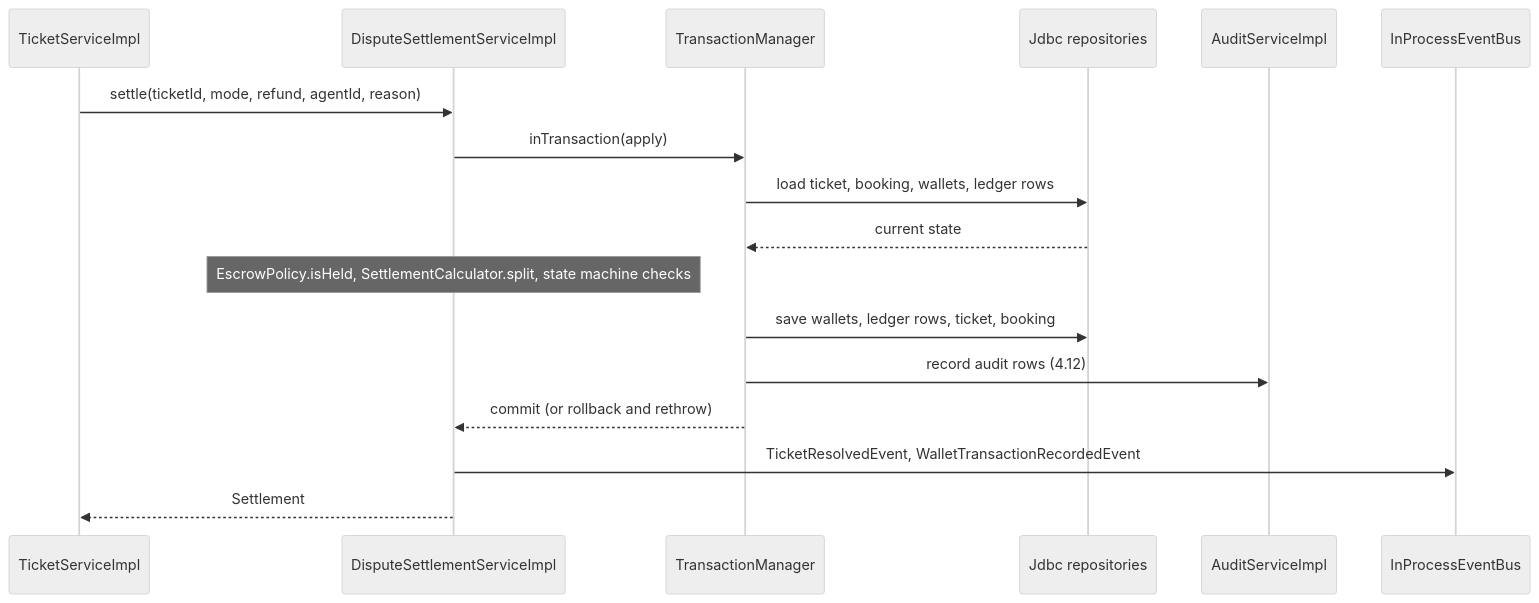
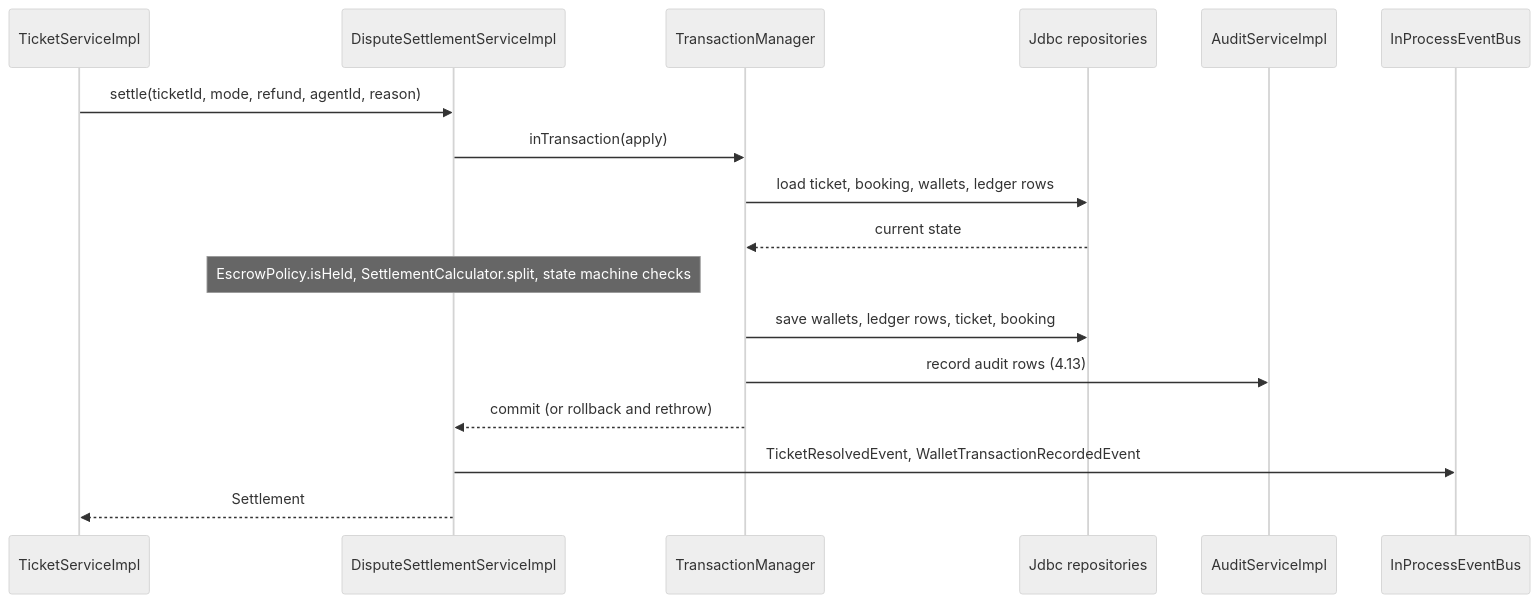
Before and after one commit to CS3227-2610-MP2-SnoozeShare/CS3227-2610-MP2: the third of 5 diagrams in docs/DeveloperGuide.md, drawn with Mermaid (neutral theme). The commit also changed other lines of this file and 1 other file, not shown here.

````diff
--- a/docs/DeveloperGuide.md
+++ b/docs/DeveloperGuide.md
@@ -402,19 +428,19 @@
 ```mermaid
 sequenceDiagram
   participant TS as TicketServiceImpl
   participant DS as DisputeSettlementServiceImpl
   participant TM as TransactionManager
   participant R as Jdbc repositories
   participant AU as AuditServiceImpl
   participant EB as InProcessEventBus
   TS->>DS: settle(ticketId, mode, refund, agentId, reason)
   DS->>TM: inTransaction(apply)
   TM->>R: load ticket, booking, wallets, ledger rows
   R-->>TM: current state
   Note over DS: EscrowPolicy.isHeld, SettlementCalculator.split, state machine checks
   TM->>R: save wallets, ledger rows, ticket, booking
-  TM->>AU: record audit rows (4.12)
+  TM->>AU: record audit rows (4.13)
   TM-->>DS: commit (or rollback and rethrow)
   DS->>EB: TicketResolvedEvent, WalletTransactionRecordedEvent
   DS-->>TS: Settlement
 ```
````
